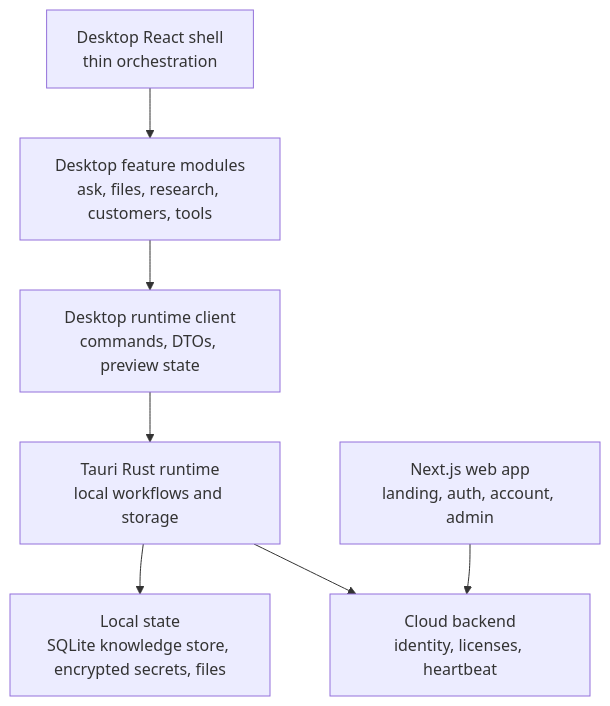
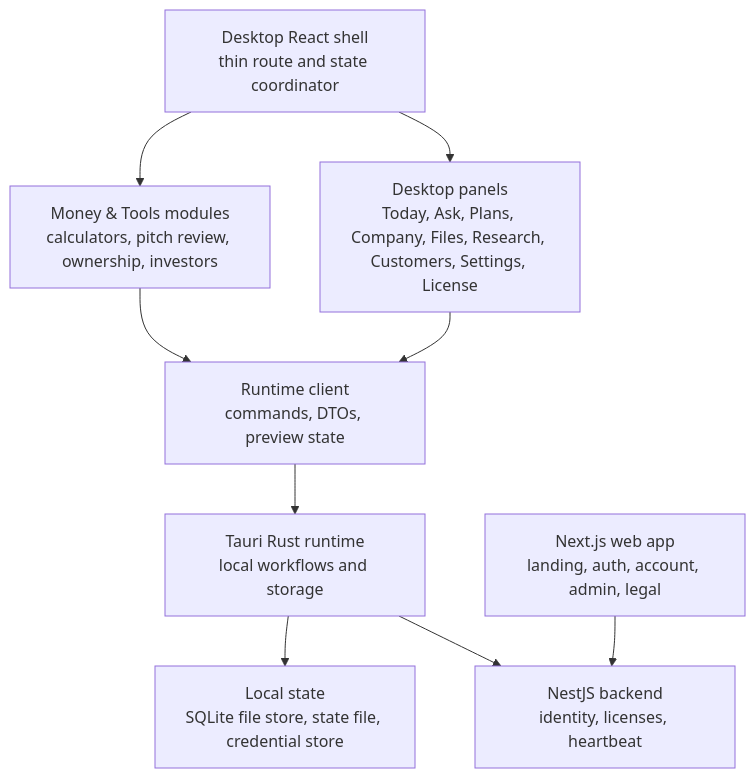
Before and after one commit to Afnanksalal/co-op: the diagram in docs/CODEBASE_AUDIT.md, drawn with Mermaid. The commit also changed other lines of this file and 44 other files, not shown here.

First line of the commit message:
Docs: reinforce desktop-local boundary and security

````diff
--- a/docs/CODEBASE_AUDIT.md
+++ b/docs/CODEBASE_AUDIT.md
@@ -7,17 +7,20 @@
 ```mermaid
 flowchart TD
-  Web["Next.js web app\nlanding, auth, account, admin"]
-  DesktopShell["Desktop React shell\nthin orchestration"]
-  DesktopFeatures["Desktop feature modules\nask, files, research, customers, tools"]
-  RuntimeClient["Desktop runtime client\ncommands, DTOs, preview state"]
-  Tauri["Tauri Rust runtime\nlocal workflows and storage"]
-  LocalStore["Local state\nSQLite knowledge store, encrypted secrets, files"]
-  Cloud["Cloud backend\nidentity, licenses, heartbeat"]
+  Web["Next.js web app<br/>landing, auth, account, admin, legal"]
+  DesktopShell["Desktop React shell<br/>thin route and state coordinator"]
+  DesktopPanels["Desktop panels<br/>Today, Ask, Plans, Company, Files, Research, Customers, Settings, License"]
+  Tools["Money & Tools modules<br/>calculators, pitch review, ownership, investors"]
+  RuntimeClient["Runtime client<br/>commands, DTOs, preview state"]
+  Tauri["Tauri Rust runtime<br/>local workflows and storage"]
+  LocalStore["Local state<br/>SQLite file store, state file, credential store"]
+  Cloud["NestJS backend<br/>identity, licenses, heartbeat"]
 
   Web --> Cloud
-  DesktopShell --> DesktopFeatures
-  DesktopFeatures --> RuntimeClient
+  DesktopShell --> DesktopPanels
+  DesktopShell --> Tools
+  DesktopPanels --> RuntimeClient
+  Tools --> RuntimeClient
   RuntimeClient --> Tauri
   Tauri --> LocalStore
   Tauri --> Cloud
 ```
````
